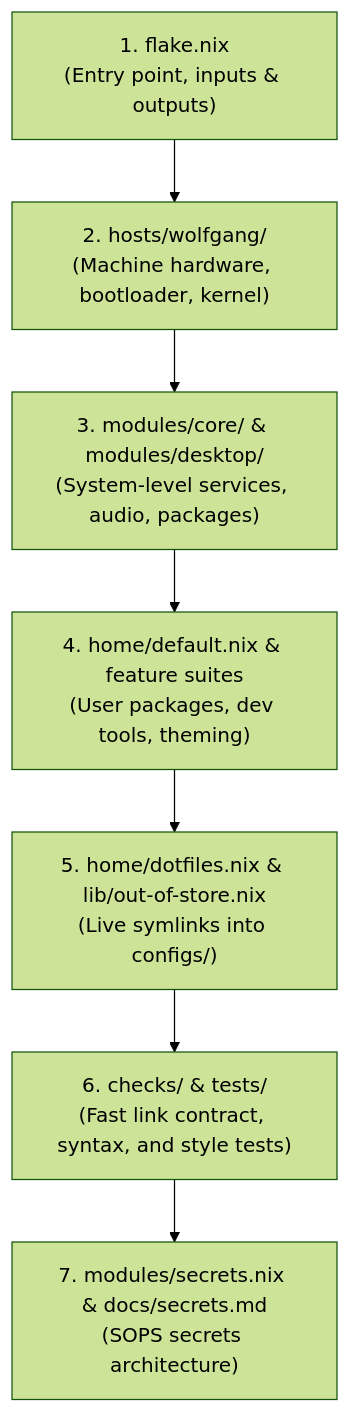
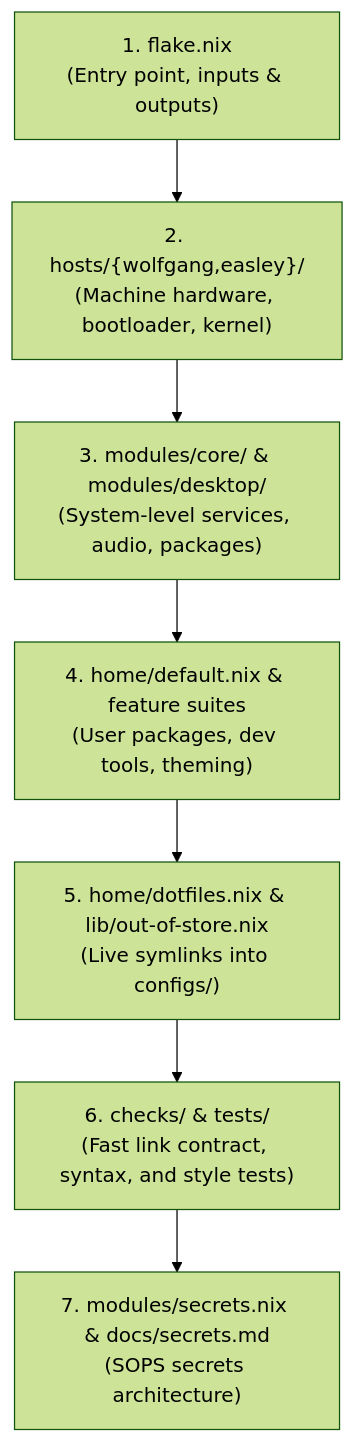
The first of 2 diagrams in README.md (gsmith-alvarez/dotfiles), drawn with Mermaid (forest theme) before and after one commit. The commit also changed other lines of this file and 31 other files, not shown here.

````diff
--- a/README.md
+++ b/README.md
@@ -30,9 +30,9 @@
 ```mermaid
 flowchart TD
-    Step1["1. flake.nix<br/>(Entry point, inputs & outputs)"] --> Step2["2. hosts/wolfgang/<br/>(Machine hardware, bootloader, kernel)"]
+    Step1["1. flake.nix<br/>(Entry point, inputs & outputs)"] --> Step2["2. hosts/{wolfgang,easley}/<br/>(Machine hardware, bootloader, kernel)"]
     Step2 --> Step3["3. modules/core/ & modules/desktop/<br/>(System-level services, audio, packages)"]
     Step3 --> Step4["4. home/default.nix & feature suites<br/>(User packages, dev tools, theming)"]
     Step4 --> Step5["5. home/dotfiles.nix & lib/out-of-store.nix<br/>(Live symlinks into configs/)"]
     Step5 --> Step6["6. checks/ & tests/<br/>(Fast link contract, syntax, and style tests)"]
     Step6 --> Step7["7. modules/secrets.nix & docs/secrets.md<br/>(SOPS secrets architecture)"]
 ```
````
